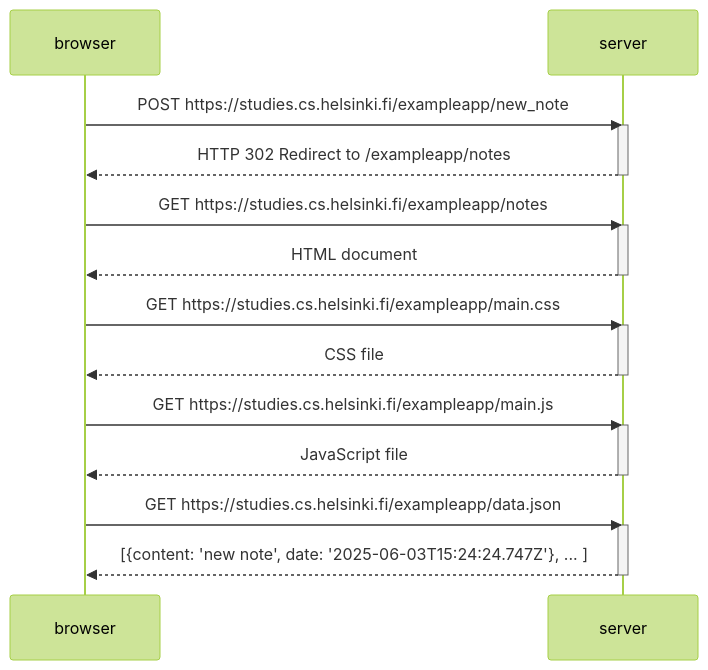
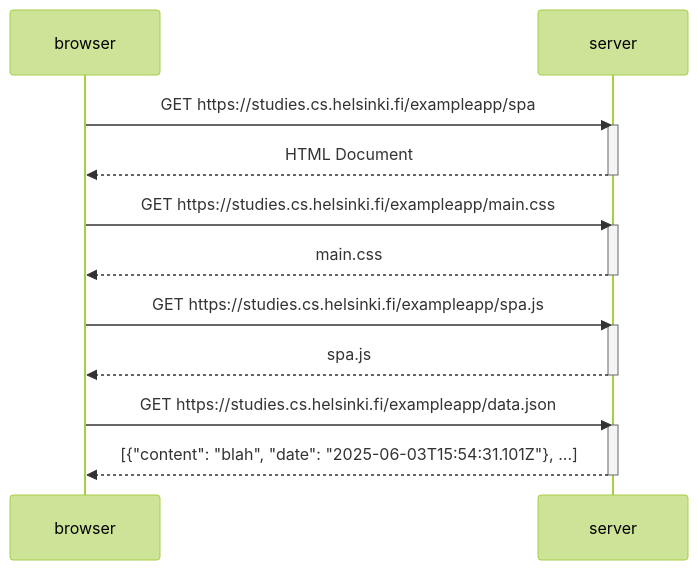
One commit to yeah-mr-white/full_stack_open changed the diagram in part0/0_5_single_page_app.md. Above: the diagram before and after it, drawn with Mermaid (forest theme).

Commit message:
Submit 0_5_single_page_app.md

````diff
--- a/part0/0_5_single_page_app.md
+++ b/part0/0_5_single_page_app.md
@@ -1,30 +1,25 @@
 ```mermaid
 sequenceDiagram
     participant browser
     participant server
 
-    browser->>server: POST https://studies.cs.helsinki.fi/exampleapp/new_note
+    browser->>server: GET https://studies.cs.helsinki.fi/exampleapp/spa
     activate server
-    server-->>browser: HTTP 302 Redirect to /exampleapp/notes
-    deactivate server
-
-    browser->>server: GET https://studies.cs.helsinki.fi/exampleapp/notes
-    activate server
-    server-->>browser: HTML document
+    server-->>browser: HTML Document
     deactivate server
 
     browser->>server: GET https://studies.cs.helsinki.fi/exampleapp/main.css
     activate server
-    server-->>browser: CSS file
+    server-->>browser: main.css
     deactivate server
 
-    browser->>server: GET https://studies.cs.helsinki.fi/exampleapp/main.js
+    browser->>server: GET https://studies.cs.helsinki.fi/exampleapp/spa.js
     activate server
-    server-->>browser: JavaScript file
+    server-->>browser: spa.js
     deactivate server
 
     browser->>server: GET https://studies.cs.helsinki.fi/exampleapp/data.json
     activate server
-    server-->>browser: [{content: 'new note', date: '2025-06-03T15:24:24.747Z'}, ... ]
+    server-->>browser: [{"content": "blah", "date": "2025-06-03T15:54:31.101Z"}, ...]
     deactivate server
 ```
````
